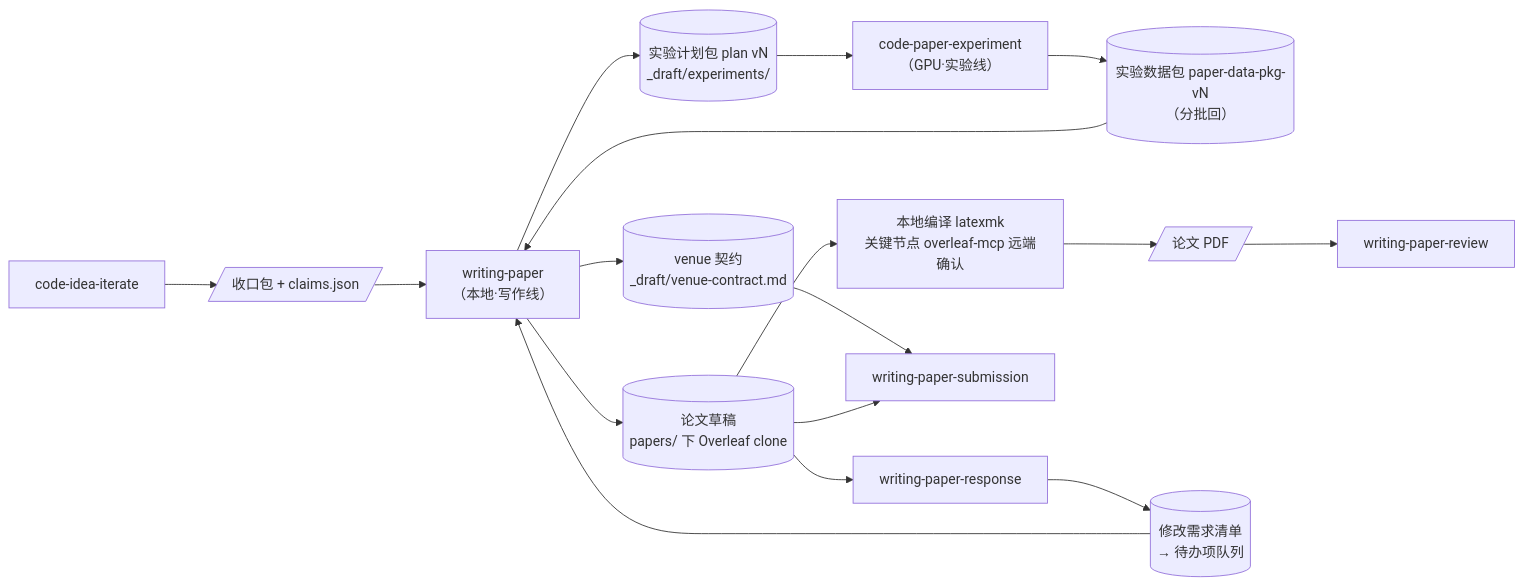
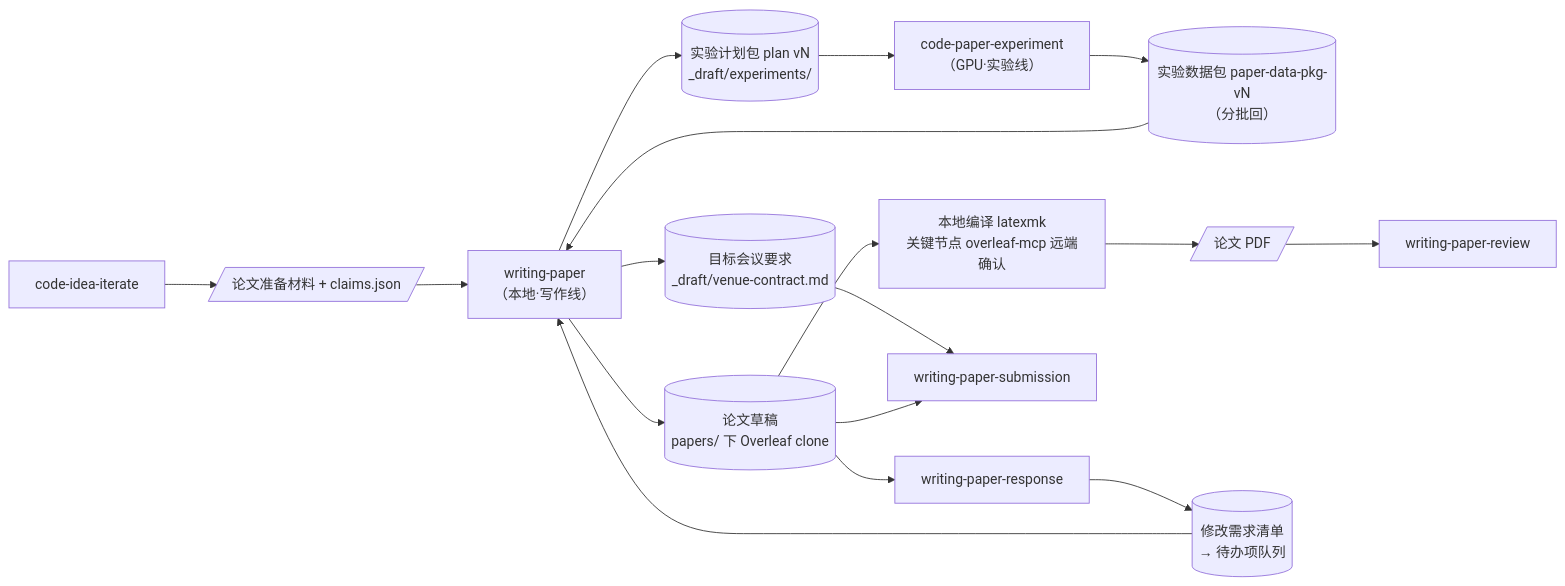
The first of 2 diagrams in plugins/dl-assistant/skills/writing-paper/SKILL.md (jackwang0108/dl-assistant), drawn with Mermaid before and after one commit. The commit also changed other lines of this file and 143 other files, not shown here.

````diff
--- a/plugins/dl-assistant/skills/writing-paper/SKILL.md
+++ b/plugins/dl-assistant/skills/writing-paper/SKILL.md
@@ -38,19 +36,19 @@
 ```mermaid
 flowchart LR
-    IT["code-idea-iterate"] --> PKG[/收口包 + claims.json/]
+    IT["code-idea-iterate"] --> PKG[/论文准备材料 + claims.json/]
     PKG --> WP["writing-paper<br/>（本地·写作线）"]
     WP --> EPLAN[("实验计划包 plan vN<br/>_draft/experiments/")]
     EPLAN --> CPE["code-paper-experiment<br/>（GPU·实验线）"]
     CPE --> EDATA[("实验数据包 paper-data-pkg-vN<br/>（分批回）")]
     EDATA --> WP
     WP --> DRAFT[("论文草稿<br/>papers/ 下 Overleaf clone")]
     DRAFT --> OVL["本地编译 latexmk<br/>关键节点 overleaf-mcp 远端确认"]
     OVL --> PDF[/论文 PDF/]
     PDF --> WREV["writing-paper-review"]
     DRAFT --> WRESP["writing-paper-response"]
     WRESP --> REVLIST[("修改需求清单<br/>→ 待办项队列")]
     REVLIST --> WP
-    WP --> VC[("venue 契约<br/>_draft/venue-contract.md")]
+    WP --> VC[("目标会议要求<br/>_draft/venue-contract.md")]
     VC --> WPSUB["writing-paper-submission"]
     DRAFT --> WPSUB
 ```
````
